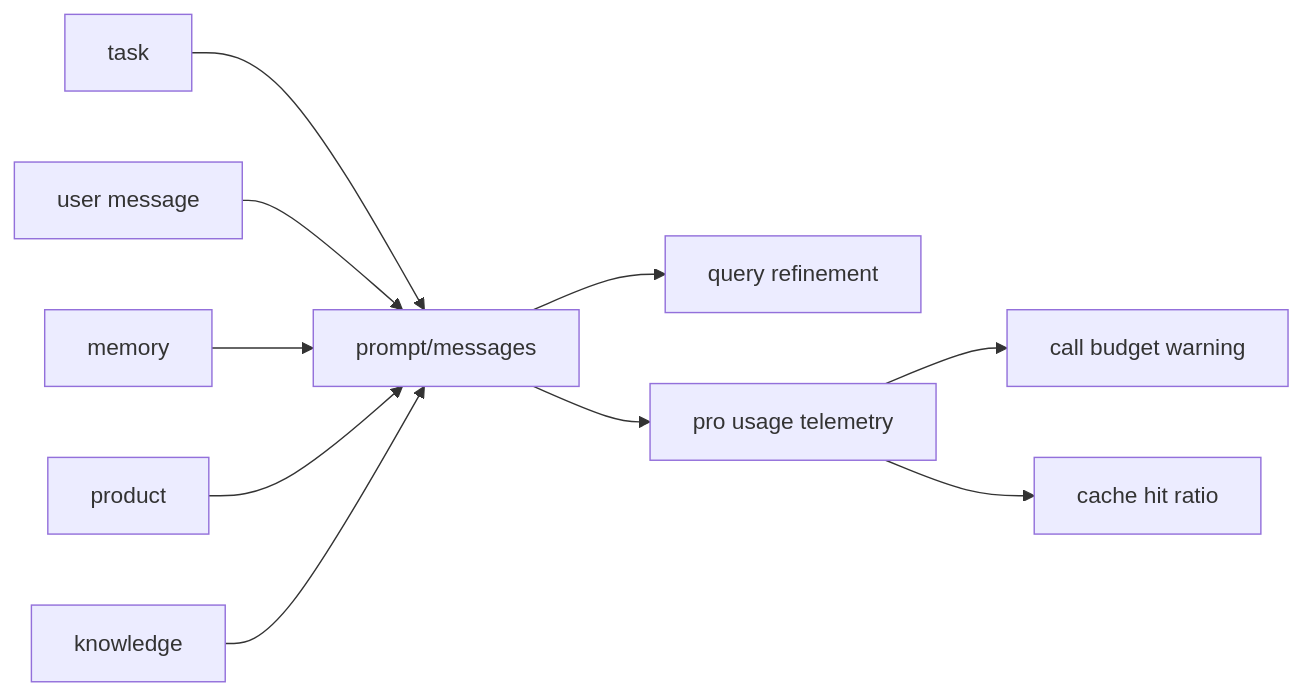
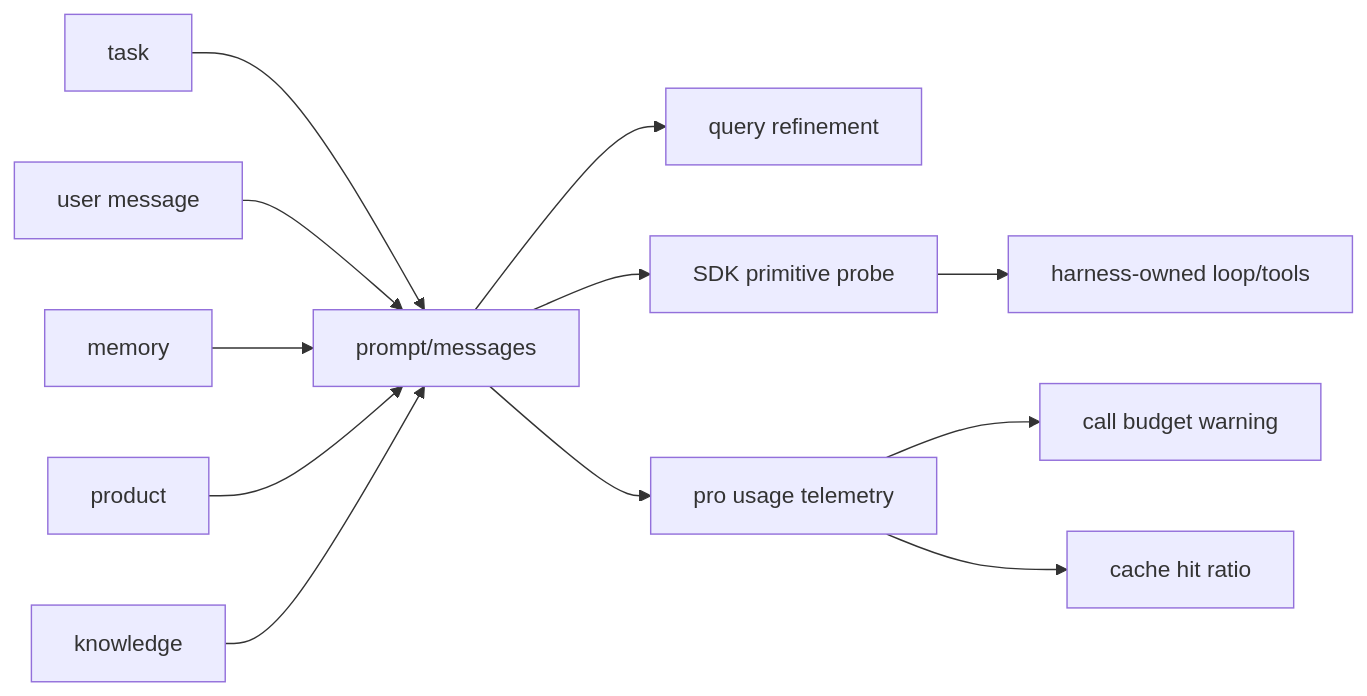
The tenth of 24 diagrams in docs/design.md (ImWenyaoT/chatty), drawn with Mermaid before and after one commit. The commit also changed other lines of this file and 10 other files, not shown here.

````diff
--- a/docs/design.md
+++ b/docs/design.md
@@ -228,12 +229,14 @@
 ```mermaid
 flowchart LR
   Task["task"] --> Prompt["prompt/messages"]
   User["user message"] --> Prompt
   Memory["memory"] --> Prompt
   Product["product"] --> Prompt
   Knowledge["knowledge"] --> Prompt
   Prompt --> Query["query refinement"]
+  Prompt --> SDK["SDK primitive probe"]
   Prompt --> Cost["pro usage telemetry"]
   Cost --> Budget["call budget warning"]
   Cost --> Cache["cache hit ratio"]
+  SDK --> Harness["harness-owned loop/tools"]
 ```
````
